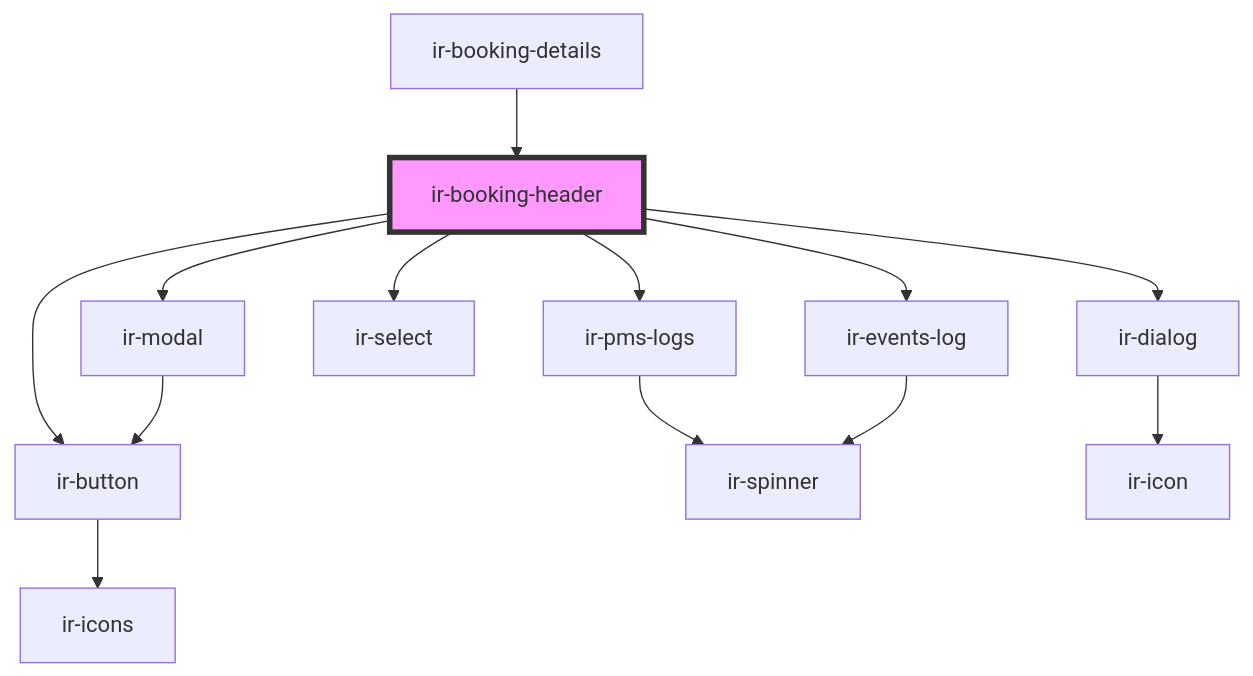
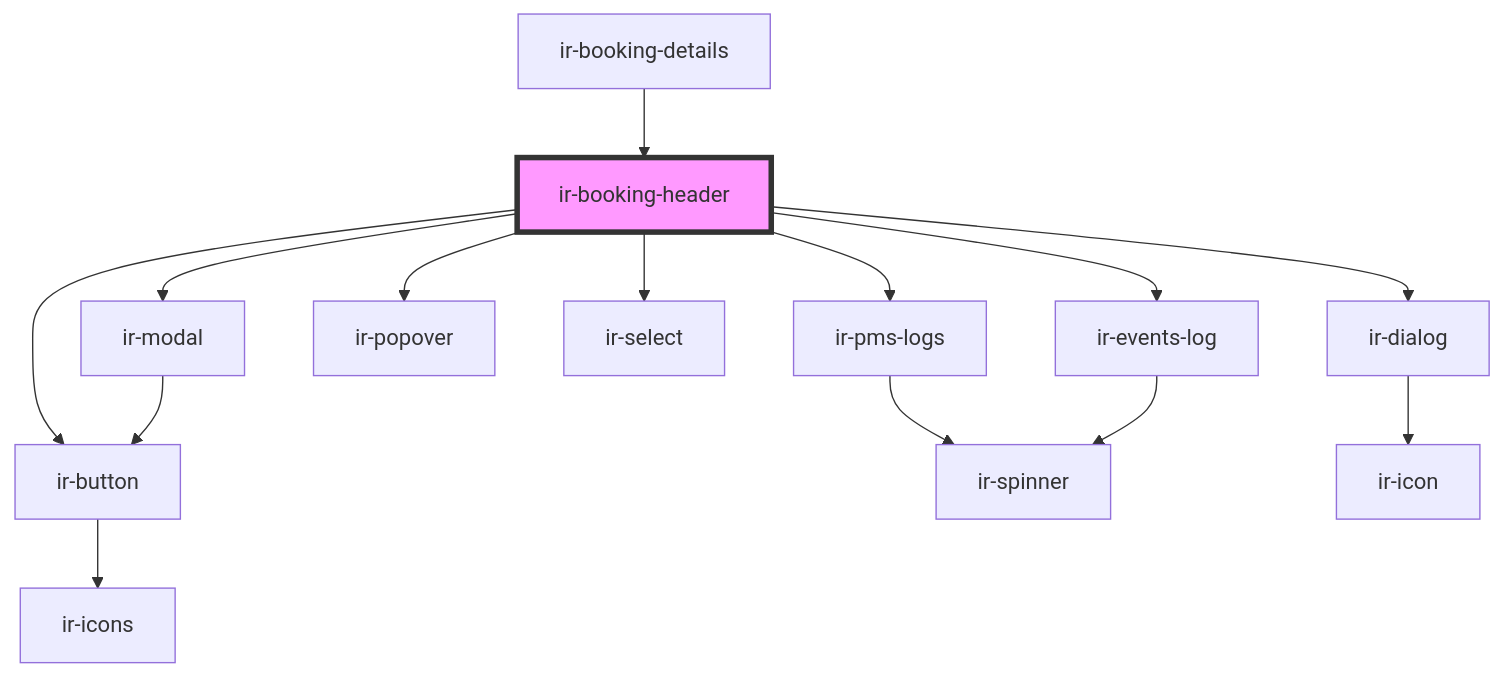
One commit to RonyRizk/ir-webcmp changed the diagram in src/components/ir-booking-details/ir-booking-header/readme.md. Above: the diagram before and after it, drawn with Mermaid. The commit also changed other lines of this file and 62 other files, not shown here.

````diff
--- a/src/components/ir-booking-details/ir-booking-header/readme.md
+++ b/src/components/ir-booking-details/ir-booking-header/readme.md
@@ -47,16 +48,17 @@
 ```mermaid
 graph TD;
   ir-booking-header --> ir-pms-logs
   ir-booking-header --> ir-events-log
+  ir-booking-header --> ir-popover
   ir-booking-header --> ir-select
   ir-booking-header --> ir-button
   ir-booking-header --> ir-dialog
   ir-booking-header --> ir-modal
   ir-pms-logs --> ir-spinner
   ir-events-log --> ir-spinner
   ir-button --> ir-icons
   ir-dialog --> ir-icon
   ir-modal --> ir-button
   ir-booking-details --> ir-booking-header
   style ir-booking-header fill:#f9f,stroke:#333,stroke-width:4px
 ```
````
